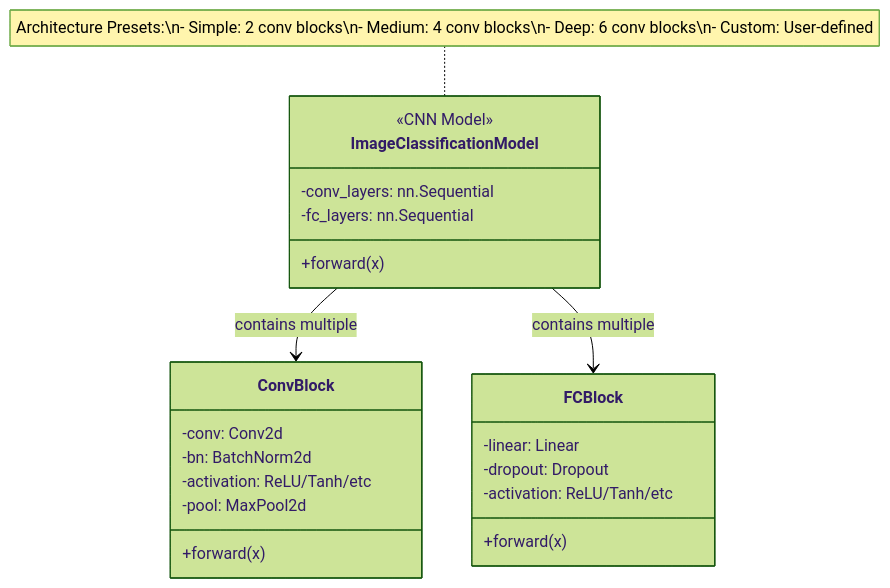
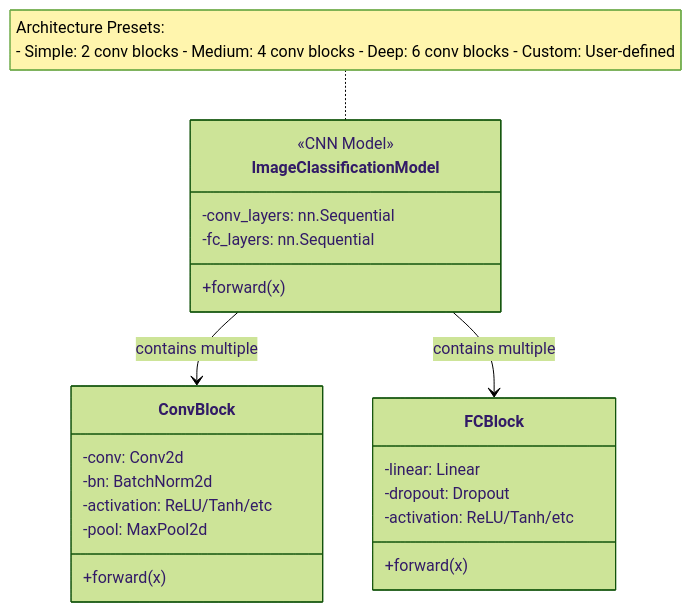
One commit to imchandra11/AI-pipeline changed the second of 8 diagrams in ImageClassification/UML_DIAGRAMS.md. Above: the diagram before and after it, drawn with Mermaid (forest theme). The commit also changed 2 other files, not shown here.

Commit message:
UML added

````diff
--- a/ImageClassification/UML_DIAGRAMS.md
+++ b/ImageClassification/UML_DIAGRAMS.md
@@ -187,29 +187,33 @@
 ```mermaid
 classDiagram
     class ImageClassificationModel {
         <<CNN Model>>
         -conv_layers: nn.Sequential
         -fc_layers: nn.Sequential
         +forward(x)
     }
     
     class ConvBlock {
         -conv: Conv2d
         -bn: BatchNorm2d
         -activation: ReLU/Tanh/etc
         -pool: MaxPool2d
         +forward(x)
     }
     
     class FCBlock {
         -linear: Linear
         -dropout: Dropout
         -activation: ReLU/Tanh/etc
         +forward(x)
     }
     
     ImageClassificationModel --> ConvBlock : contains multiple
     ImageClassificationModel --> FCBlock : contains multiple
     
-    note for ImageClassificationModel "Architecture Presets:\n- Simple: 2 conv blocks\n- Medium: 4 conv blocks\n- Deep: 6 conv blocks\n- Custom: User-defined"
+    note for ImageClassificationModel "Architecture Presets:
+- Simple: 2 conv blocks
+- Medium: 4 conv blocks
+- Deep: 6 conv blocks
+- Custom: User-defined"
 ```
````
